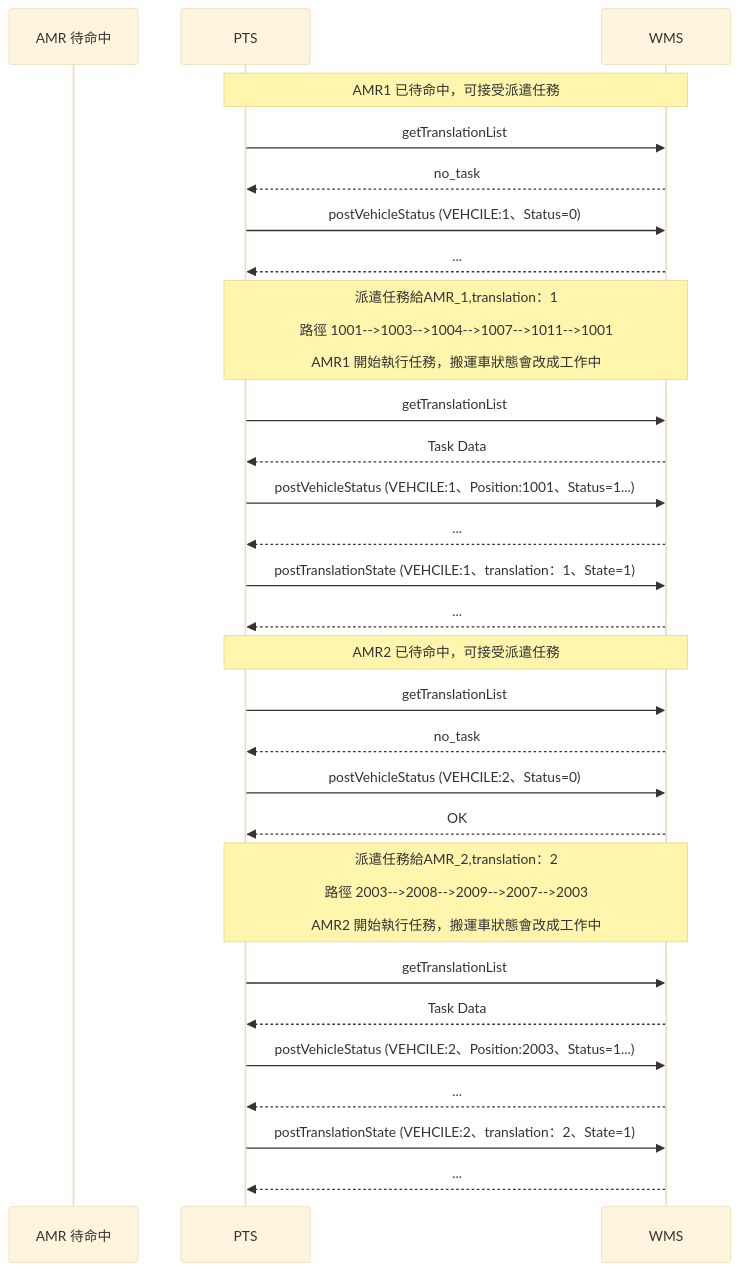
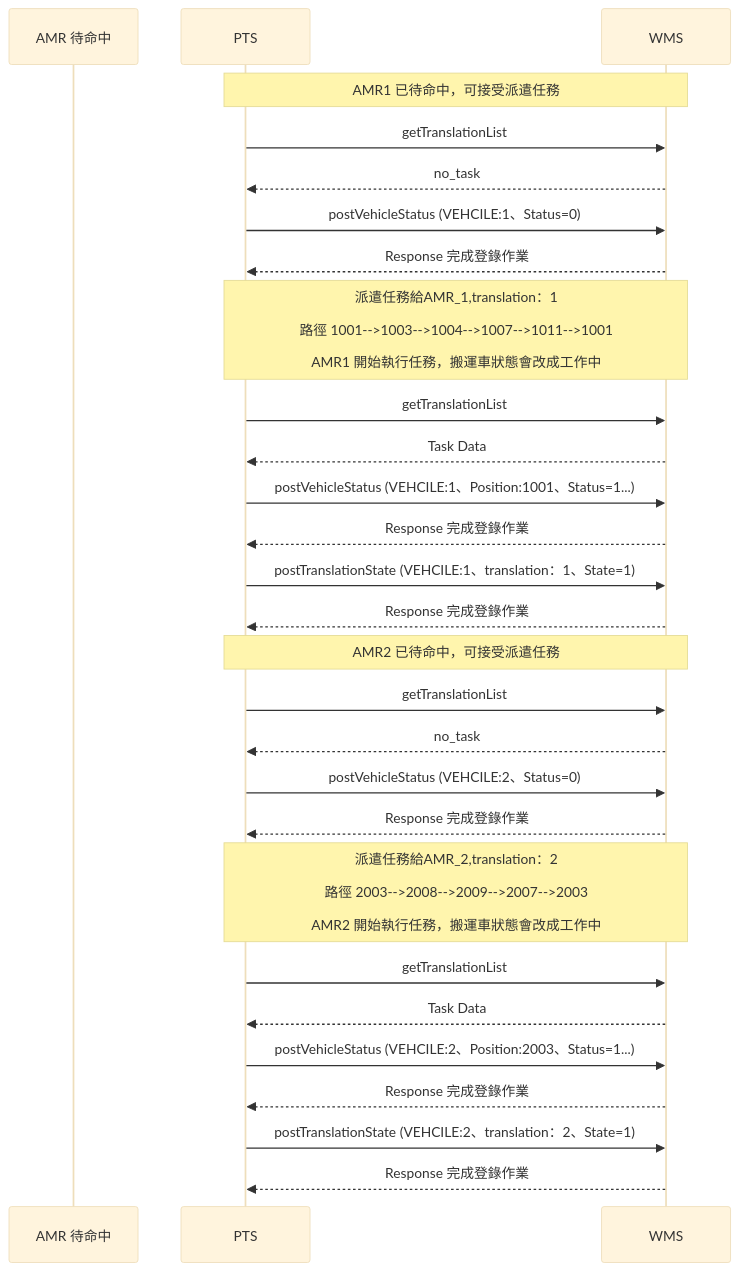
One commit to athena-tircgo/amr-wms-lsj changed the sixth of 8 diagrams in README.md. Above: the diagram before and after it, drawn with Mermaid (base theme). The commit also changed other lines of this file, not shown here.

````diff
--- a/README.md
+++ b/README.md
@@ -340,35 +340,35 @@
 ```mermaid
 sequenceDiagram
     participant AMR 待命中
     participant PTS
     participant WMS
 
 note over PTS,WMS: AMR1 已待命中，可接受派遣任務
         PTS->>WMS: getTranslationList
         WMS-->>PTS: no_task
         PTS->>WMS: postVehicleStatus (VEHCILE:1、Status=0)
-        WMS-->>PTS: ...
+        WMS-->>PTS: Response 完成登錄作業
         
 note over PTS,WMS: 派遣任務給AMR_1,translation：1<br><br>路徑 1001-->1003-->1004-->1007-->1011-->1001<br><br>AMR1 開始執行任務，搬運車狀態會改成工作中
      PTS->>WMS: getTranslationList
      WMS-->>PTS: Task Data
      PTS->>WMS: postVehicleStatus (VEHCILE:1、Position:1001、Status=1...)
-     WMS-->>PTS: ...
+     WMS-->>PTS: Response 完成登錄作業
      PTS->>WMS: postTranslationState (VEHCILE:1、translation：1、State=1)
-     WMS-->>PTS: ...
+     WMS-->>PTS: Response 完成登錄作業
 
 note over PTS,WMS: AMR2 已待命中，可接受派遣任務
         PTS->>WMS: getTranslationList
         WMS-->>PTS: no_task
         PTS->>WMS: postVehicleStatus (VEHCILE:2、Status=0)
-        WMS-->>PTS:OK
+        WMS-->>PTS:Response 完成登錄作業
 
 note over PTS,WMS: 派遣任務給AMR_2,translation：2<br><br>路徑 2003-->2008-->2009-->2007-->2003<br><br>AMR2 開始執行任務，搬運車狀態會改成工作中
      PTS->>WMS: getTranslationList
      WMS-->>PTS: Task Data
      PTS->>WMS: postVehicleStatus (VEHCILE:2、Position:2003、Status=1...)
-     WMS-->>PTS: ...
+     WMS-->>PTS: Response 完成登錄作業
      PTS->>WMS: postTranslationState (VEHCILE:2、translation：2、State=1)
-     WMS-->>PTS: ...
+     WMS-->>PTS: Response 完成登錄作業
 
 ```
````
